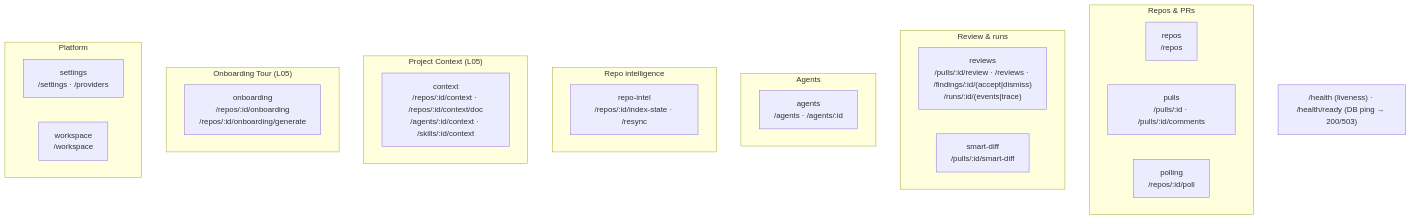
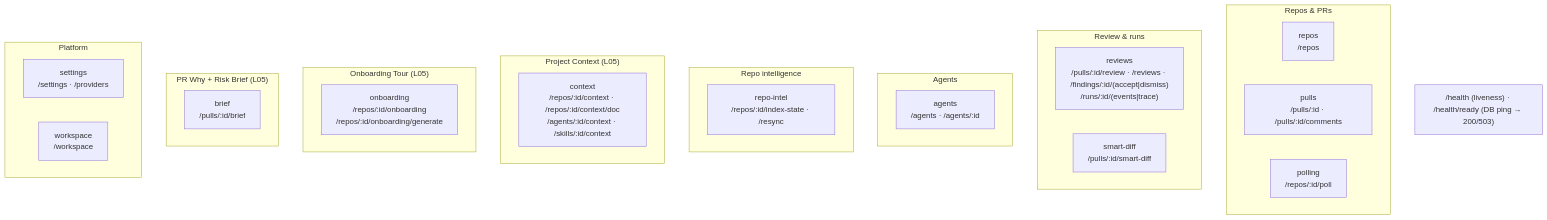
Before and after one commit to GAndriyS/dev-digest: the second of 4 diagrams in server/README.md, drawn with Mermaid. The commit also changed other lines of this file and 1 other file, not shown here.

First line of the commit message:
docs(brief): document the Why + Risk Brief in the server and client READMEs

````diff
--- a/server/README.md
+++ b/server/README.md
@@ -64,29 +64,32 @@
 ```mermaid
 flowchart TB
   subgraph Repos_PRs["Repos & PRs"]
     repos["repos<br/>/repos"]
     pulls["pulls<br/>/pulls/:id · /pulls/:id/comments"]
     polling["polling<br/>/repos/:id/poll"]
   end
   subgraph Review["Review & runs"]
     reviews["reviews<br/>/pulls/:id/review · /reviews · /findings/:id/(accept|dismiss)<br/>/runs/:id/(events|trace)"]
     smartDiff["smart-diff<br/>/pulls/:id/smart-diff"]
   end
   subgraph Agents["Agents"]
     agents["agents<br/>/agents · /agents/:id"]
   end
   subgraph Intel["Repo intelligence"]
     repoIntel["repo-intel<br/>/repos/:id/index-state · /resync"]
   end
   subgraph Context["Project Context (L05)"]
     context["context<br/>/repos/:id/context · /repos/:id/context/doc<br/>/agents/:id/context · /skills/:id/context"]
   end
   subgraph Onboarding["Onboarding Tour (L05)"]
     onboarding["onboarding<br/>/repos/:id/onboarding<br/>/repos/:id/onboarding/generate"]
   end
+  subgraph Brief["PR Why + Risk Brief (L05)"]
+    brief["brief<br/>/pulls/:id/brief"]
+  end
   subgraph Platform["Platform"]
     settings["settings<br/>/settings · /providers"]
     workspace["workspace<br/>/workspace"]
   end
   HEALTH["/health (liveness) · /health/ready (DB ping → 200/503)"]
 ```
````
